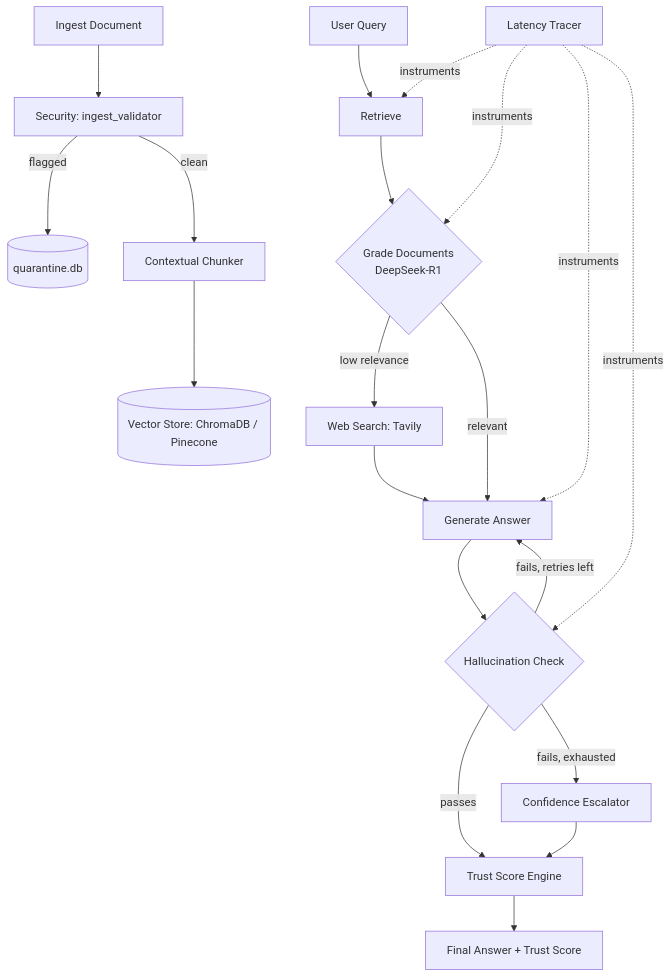
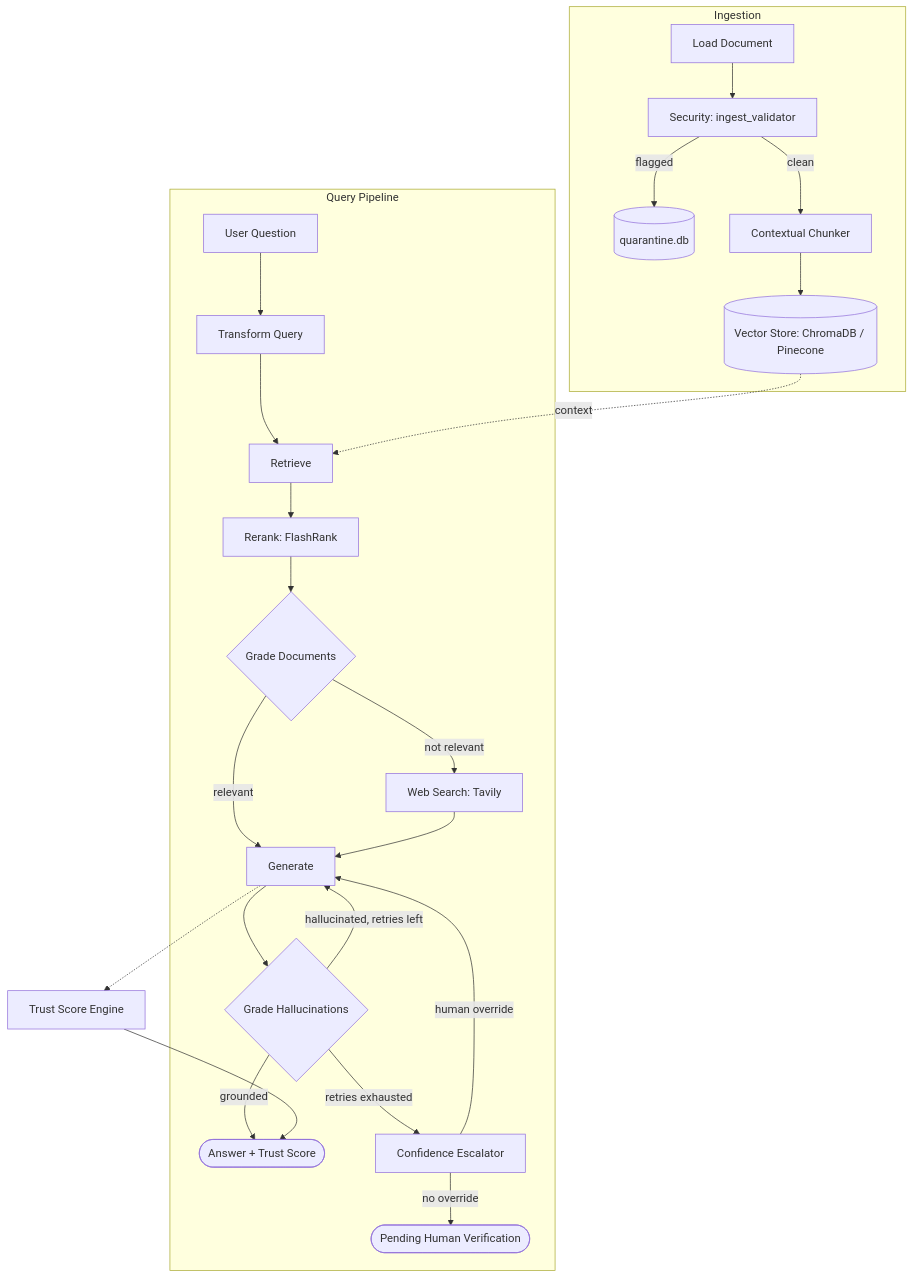
The diagram in README.md (vinaybabannavar-create/Neural-Nexus), drawn with Mermaid before and after one commit. The commit also changed other lines of this file, not shown here.

````diff
--- a/README.md
+++ b/README.md
@@ -54,24 +66,29 @@
 ```mermaid
 flowchart TD
-    A[Ingest Document] --> B[Security: ingest_validator]
-    B -->|flagged| Q[(quarantine.db)]
-    B -->|clean| C[Contextual Chunker]
-    C --> D[(Vector Store: ChromaDB / Pinecone)]
+    subgraph Ingestion
+        ING[Load Document] --> IV[Security: ingest_validator]
+        IV -->|flagged| QDB[(quarantine.db)]
+        IV -->|clean| CC[Contextual Chunker]
+        CC --> VS[(Vector Store: ChromaDB / Pinecone)]
+    end
 
-    U[User Query] --> R[Retrieve]
-    R --> G{Grade Documents<br/>DeepSeek-R1}
-    G -->|low relevance| W[Web Search: Tavily]
-    G -->|relevant| GEN[Generate Answer]
-    W --> GEN
-    GEN --> H{Hallucination Check}
-    H -->|fails, retries left| GEN
-    H -->|passes| TS[Trust Score Engine]
-    H -->|fails, exhausted| CE[Confidence Escalator]
-    CE --> TS
-    TS --> OUT[Final Answer + Trust Score]
+    subgraph Query Pipeline
+        Q[User Question] --> TQ[Transform Query]
+        TQ --> RET[Retrieve]
+        RET --> RR[Rerank: FlashRank]
+        RR --> GD{Grade Documents}
+        GD -->|relevant| GEN[Generate]
+        GD -->|not relevant| WS[Web Search: Tavily]
+        WS --> GEN
+        GEN --> GH{Grade Hallucinations}
+        GH -->|grounded| END([Answer + Trust Score])
+        GH -->|hallucinated, retries left| GEN
+        GH -->|retries exhausted| CE[Confidence Escalator]
+        CE -->|human override| GEN
+        CE -->|no override| PEND([Pending Human Verification])
+    end
 
-    LT[Latency Tracer] -.instruments.-> R
-    LT -.instruments.-> G
-    LT -.instruments.-> GEN
-    LT -.instruments.-> H
+    VS -.context.-> RET
+    GEN -.-> TS[Trust Score Engine]
+    TS --> END
 ```
````
